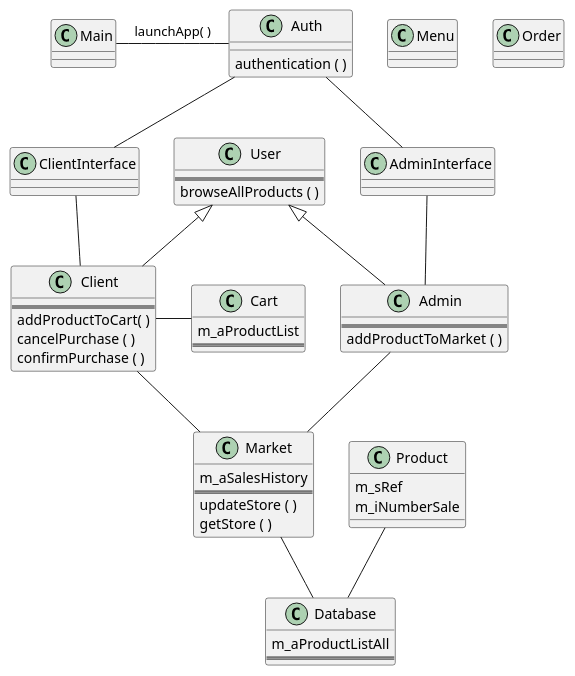
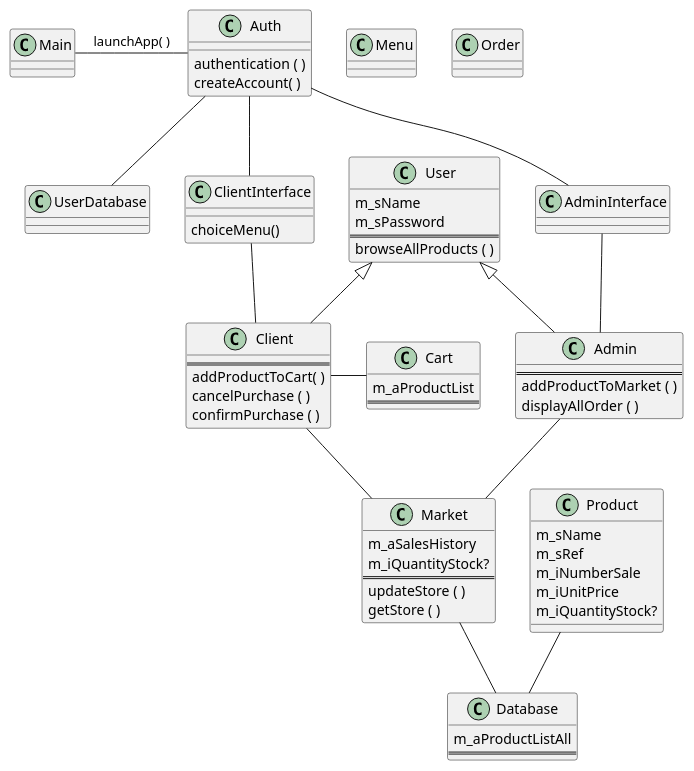
Before and after one commit to tankarasu/Cyber_Market: the diagram in src/com/company/ClassDiagram.puml, drawn with PlantUML. The commit also changed 10 other files, not shown here.

```diff
--- a/src/com/company/ClassDiagram.puml
+++ b/src/com/company/ClassDiagram.puml
@@ -1,81 +1,96 @@
 @startuml
 
 class Main {
 
 }
 Main - Auth : launchApp( )
 
 class Menu { }
 
 class Auth {
 authentication ( )
+createAccount( )
 }
+
+class UserDatabase {
+
+}
+
+Auth -- UserDatabase
 
 Auth -- ClientInterface
 Auth -- AdminInterface
 
 class ClientInterface {
 
+choiceMenu()
 }
 
 ClientInterface -- Client
 
 class AdminInterface {
 
 }
 
 AdminInterface -- Admin
 
 class User {
+m_sName
+m_sPassword
 ==
 browseAllProducts ( )
 }
 
 class Admin extends User {
 ==
 addProductToMarket ( )
+displayAllOrder ( )
 }
 
 Admin -- Market
 
 class Client extends User {
 ==
 addProductToCart( )
 cancelPurchase ( )
 confirmPurchase ( )
 }
 
 Client -- Market
 Client - Cart
 
 class Market {
 m_aSalesHistory
+m_iQuantityStock?
 ==
 updateStore ( )
 getStore ( )
 }
 
 Market -- Database
 
 class Database {
 m_aProductListAll
 ==
 }
 
 class Cart {
 m_aProductList
 ==
 }
 
 class Product {
+m_sName
 m_sRef
 m_iNumberSale
+m_iUnitPrice
+m_iQuantityStock?
 }
 
 Product -- Database
 
 class Order {
 
 }
 
 @enduml
```
